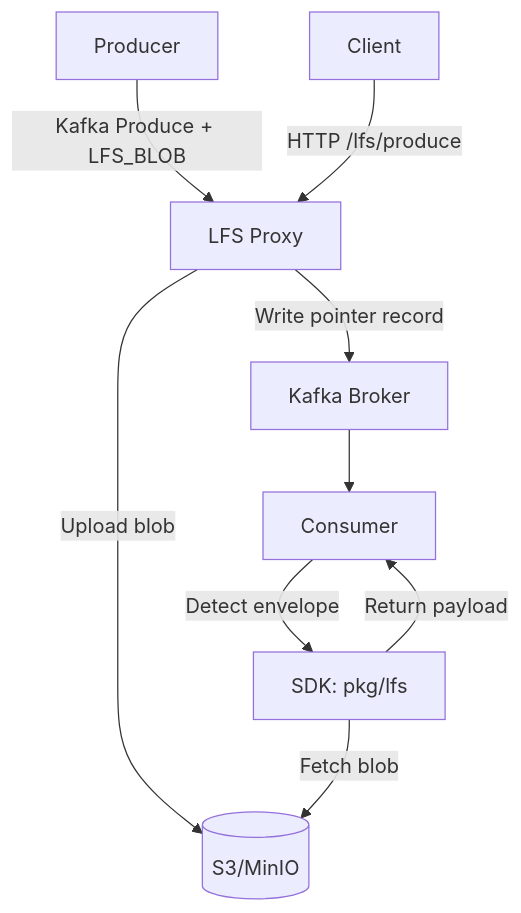
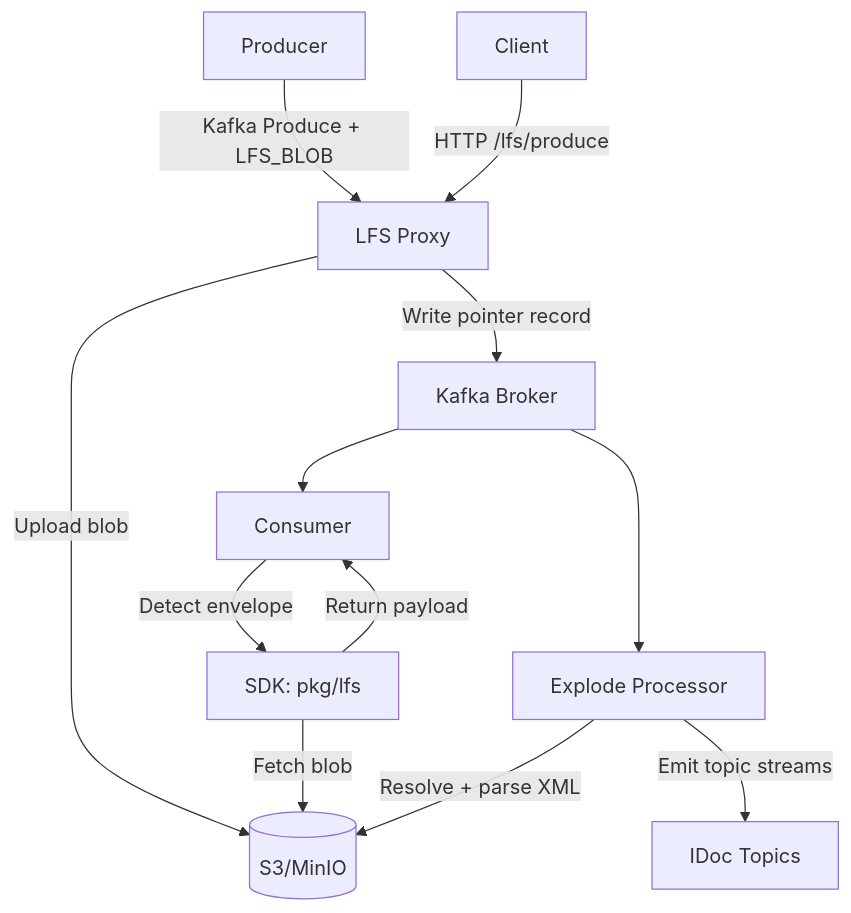
Before and after one commit to scalytics/kafscale: the first of 4 diagrams in docs/lfs-proxy/data-flow.md, drawn with Mermaid. The commit also changed other lines of this file and 14 other files, not shown here.

````diff
--- a/docs/lfs-proxy/data-flow.md
+++ b/docs/lfs-proxy/data-flow.md
@@ -242,11 +248,14 @@
 ```mermaid
 flowchart TD
   A[Producer] -->|Kafka Produce + LFS_BLOB| B[LFS Proxy]
   A2[Client] -->|HTTP /lfs/produce| B
   B -->|Upload blob| S3[(S3/MinIO)]
   B -->|Write pointer record| K[Kafka Broker]
   K --> C[Consumer]
   C -->|Detect envelope| D[SDK: pkg/lfs]
   D -->|Fetch blob| S3
   D -->|Return payload| C
+  K --> E[Explode Processor]
+  E -->|Resolve + parse XML| S3
+  E -->|Emit topic streams| T[IDoc Topics]
 ```
````
